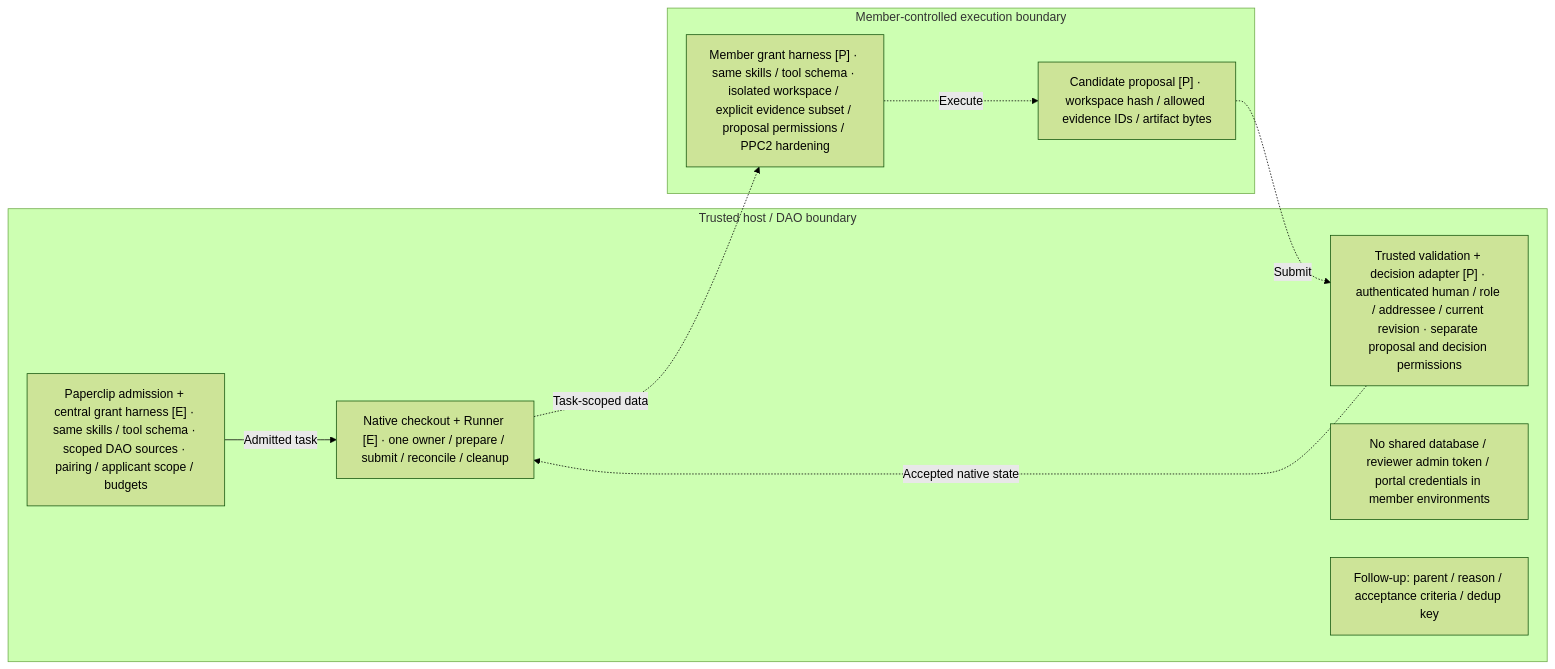
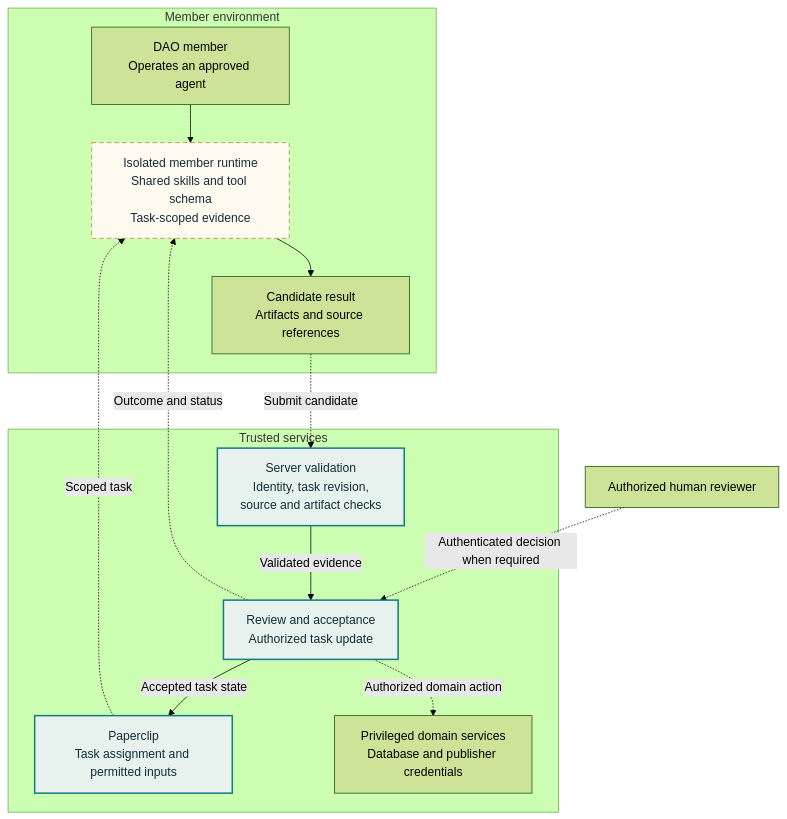
The diagram in docs/architecture/diagrams/member-execution.mmd (NetRxn/Inertia), drawn with Mermaid (forest theme) before and after one commit. The commit also changed 34 other files, not shown here.

Commit message:
docs: synchronize partner knowledge architecture and funding plan

```diff
--- a/docs/architecture/diagrams/member-execution.mmd
+++ b/docs/architecture/diagrams/member-execution.mmd
@@ -1,17 +1,25 @@
-flowchart LR
- subgraph T[Trusted host / DAO boundary]
- A["Paperclip admission + central grant harness [E] · same skills / tool schema · scoped DAO sources · pairing / applicant scope / budgets"]
- B["Native checkout + Runner [E] · one owner / prepare / submit / reconcile / cleanup"]
- E["Trusted validation + decision adapter [P] · authenticated human / role / addressee / current revision · separate proposal and decision permissions"]
- K["No shared database / reviewer admin token / portal credentials in member environments"]
- F["Follow-up: parent / reason / acceptance criteria / dedup key"]
+flowchart TB
+ subgraph M[Member environment]
+ U["DAO member<br/>Operates an approved agent"] --> E["Isolated member runtime<br/>Shared skills and tool schema<br/>Task-scoped evidence"]
+ E --> P["Candidate result<br/>Artifacts and source references"]
  end
- subgraph M[Member-controlled execution boundary]
- C["Member grant harness [P] · same skills / tool schema · isolated workspace / explicit evidence subset / proposal permissions / PPC2 hardening"]
- D["Candidate proposal [P] · workspace hash / allowed evidence IDs / artifact bytes"]
+ subgraph T[Trusted services]
+ PC["Paperclip<br/>Task assignment and permitted inputs"]
+ V["Server validation<br/>Identity, task revision,<br/>source and artifact checks"]
+ A["Review and acceptance<br/>Authorized task update"]
+ D["Privileged domain services<br/>Database and publisher credentials"]
+ V -->|Validated evidence| A
+ A -.->|Authorized domain action| D
  end
- A -->|Admitted task| B
- B -.->|Task-scoped data| C
- C -.->|Execute| D
- D -.->|Submit| E
- E -.->|Accepted native state| B
+ PC -.->|Scoped task| E
+ P -.->|Submit candidate| V
+ H["Authorized human reviewer"] -.->|Authenticated decision when required| A
+ A -.->|Outcome and status| E
+ A -->|Accepted task state| PC
+ class PC,V,A core
+ class E planned
+
+ classDef core fill:#e7f1ee,stroke:#157d80,color:#132e38,stroke-width:2px
+ classDef planned fill:#fffaf0,stroke:#b1853e,color:#132e38,stroke-dasharray:6 4
+ classDef reviewed fill:#f5f0ff,stroke:#8064a2,color:#132e38
+ classDef store fill:#edf2f7,stroke:#61788b,color:#132e38
```
